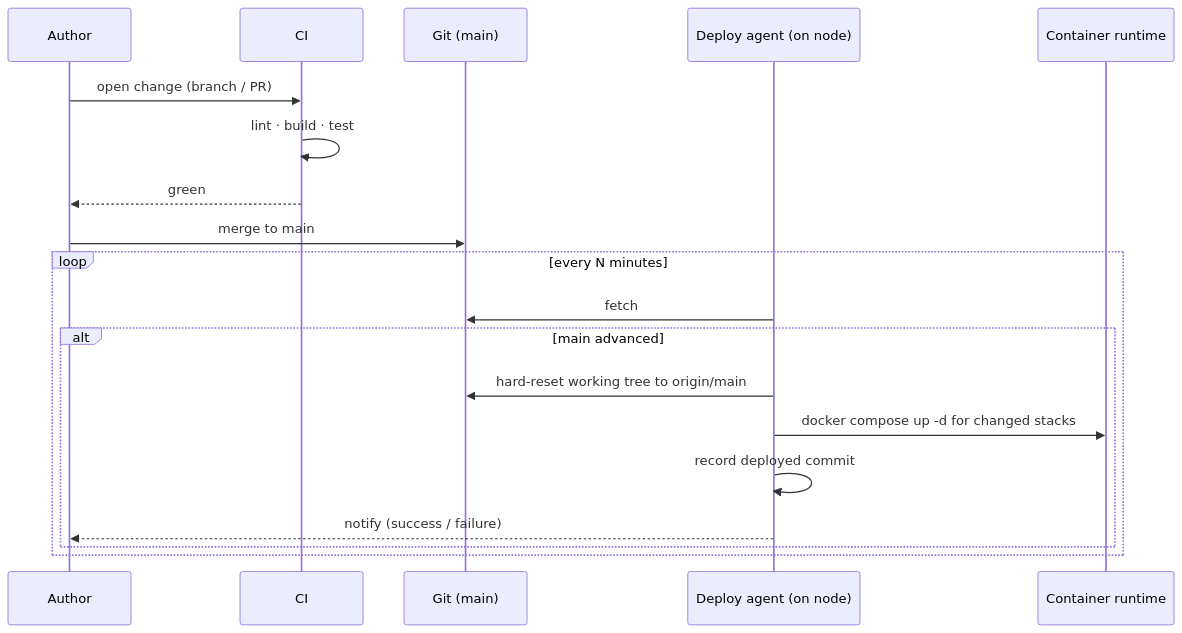
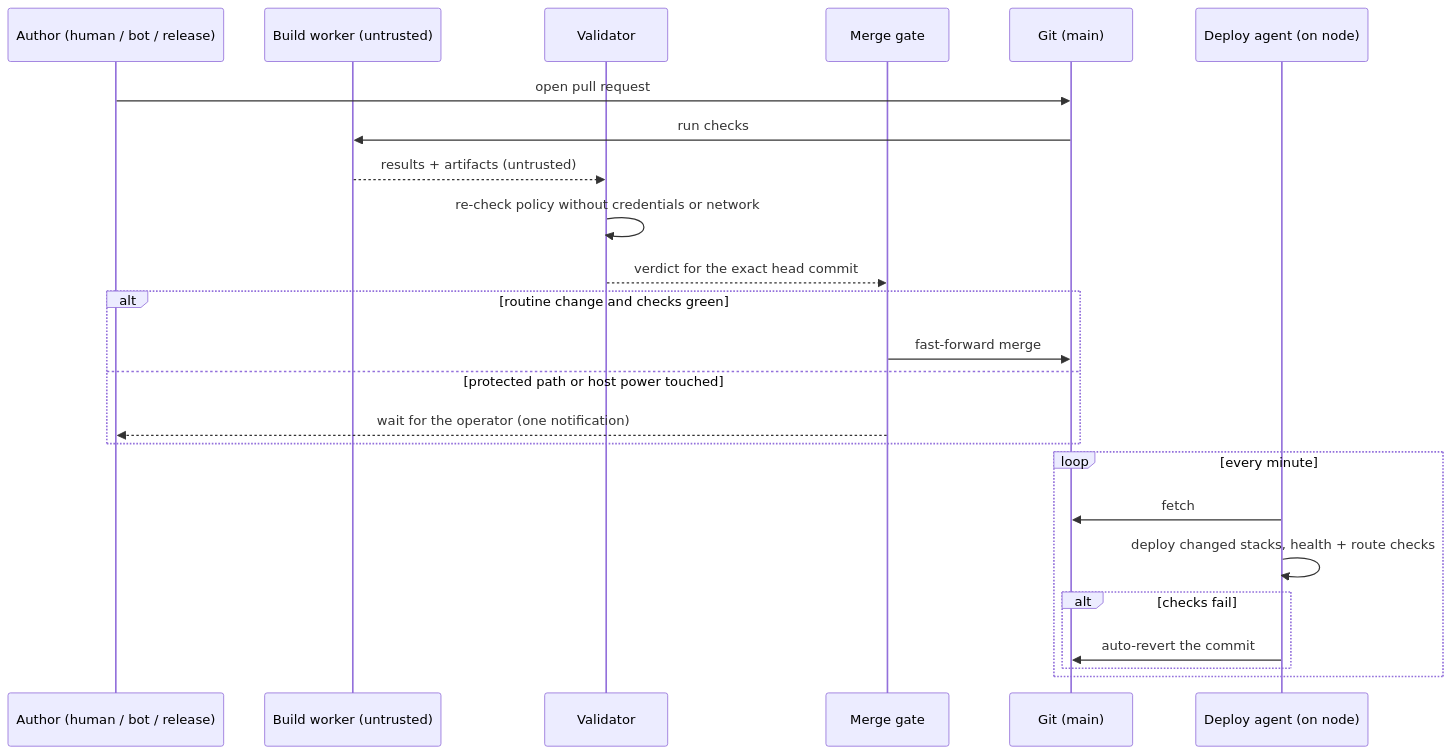
The first of 2 diagrams in docs/05-delivery.md (MarioLealP/homelab-platform-blueprint), drawn with Mermaid before and after one commit. The commit also changed other lines of this file and 13 other files, not shown here.

````diff
--- a/docs/05-delivery.md
+++ b/docs/05-delivery.md
@@ -9,22 +14,27 @@
 ```mermaid
 sequenceDiagram
-    participant Dev as Author
-    participant CI as CI
-    participant Repo as Git (main)
-    participant Agent as Deploy agent (on node)
-    participant Node as Container runtime
+    participant A as Author (human / bot / release)
+    participant W as Build worker (untrusted)
+    participant V as Validator
+    participant G as Merge gate
+    participant R as Git (main)
+    participant D as Deploy agent (on node)
 
-    Dev->>CI: open change (branch / PR)
-    CI->>CI: lint · build · test
-    CI-->>Dev: green
-    Dev->>Repo: merge to main
-    loop every N minutes
-        Agent->>Repo: fetch
-        alt main advanced
-            Agent->>Repo: hard-reset working tree to origin/main
-            Agent->>Node: docker compose up -d for changed stacks
-            Agent->>Agent: record deployed commit
-            Agent-->>Dev: notify (success / failure)
+    A->>R: open pull request
+    R->>W: run checks
+    W-->>V: results + artifacts (untrusted)
+    V->>V: re-check policy without credentials or network
+    V-->>G: verdict for the exact head commit
+    alt routine change and checks green
+        G->>R: fast-forward merge
+    else protected path or host power touched
+        G-->>A: wait for the operator (one notification)
+    end
+    loop every minute
+        D->>R: fetch
+        D->>D: deploy changed stacks, health + route checks
+        alt checks fail
+            D->>R: auto-revert the commit
         end
     end
 ```
````
